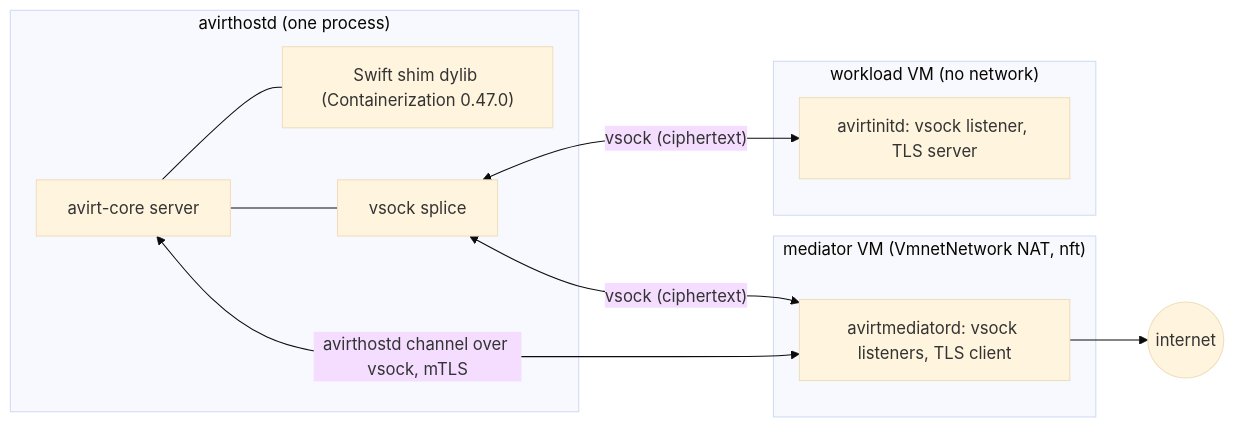
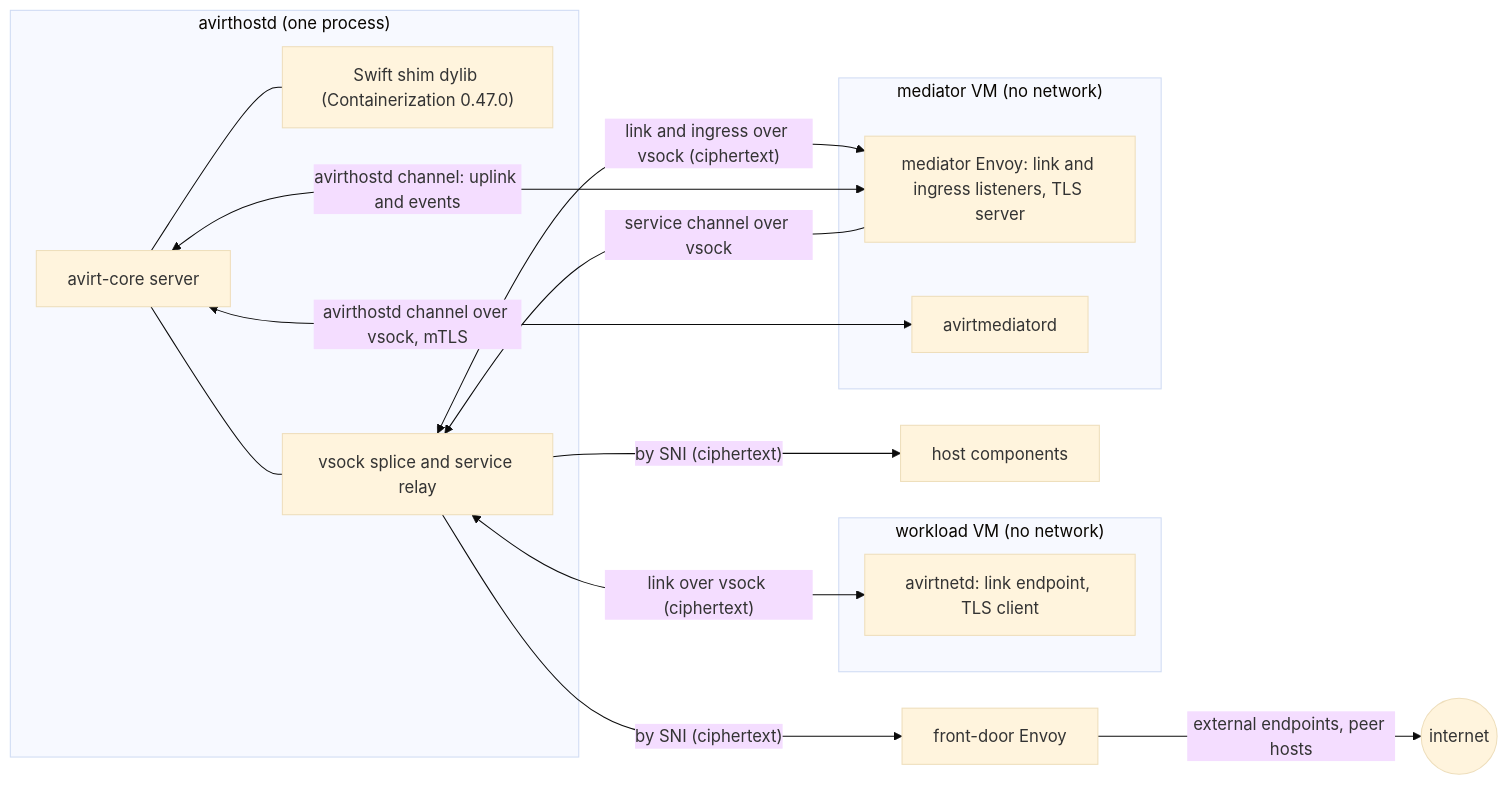
The first of 2 diagrams in docs/compute-runtimes.md (tbhb-dev/avirt), drawn with Mermaid (base theme) before and after one commit. The commit also changed other lines of this file and 32 other files, not shown here.

First line of the commit message:
docs: plan the avirt component architecture and workspaces

````diff
--- a/docs/compute-runtimes.md
+++ b/docs/compute-runtimes.md
@@ -99,20 +112,27 @@
 ```mermaid
 flowchart LR
     subgraph hostd["avirthostd (one process)"]
         core["avirt-core server"]
         shim["Swift shim dylib (Containerization 0.47.0)"]
-        splice["vsock splice"]
+        splice["vsock splice and service relay"]
         core --- shim
         core --- splice
     end
     subgraph wvm["workload VM (no network)"]
-        avirtinitd["avirtinitd: vsock listener, TLS server"]
+        net["avirtnetd: link endpoint, TLS client"]
     end
-    subgraph svm["mediator VM (VmnetNetwork NAT, nft)"]
-        med["avirtmediatord: vsock listeners, TLS client"]
+    subgraph svm["mediator VM (no network)"]
+        me["mediator Envoy: link and ingress listeners, TLS server"]
+        med["avirtmediatord"]
     end
-    splice <-->|"vsock (ciphertext)"| avirtinitd
-    splice <-->|"vsock (ciphertext)"| med
+    hs["host components"]
+    fd["front-door Envoy"]
+    splice <-->|"link over vsock (ciphertext)"| net
+    splice <-->|"link and ingress over vsock (ciphertext)"| me
     core <-->|"avirthostd channel over vsock, mTLS"| med
-    med --> net(("internet"))
+    core <-->|"avirthostd channel: uplink and events"| me
+    me -->|"service channel over vsock"| splice
+    splice -->|"by SNI (ciphertext)"| hs
+    splice -->|"by SNI (ciphertext)"| fd
+    fd -->|"external endpoints, peer hosts"| net2(("internet"))
 ```
````
